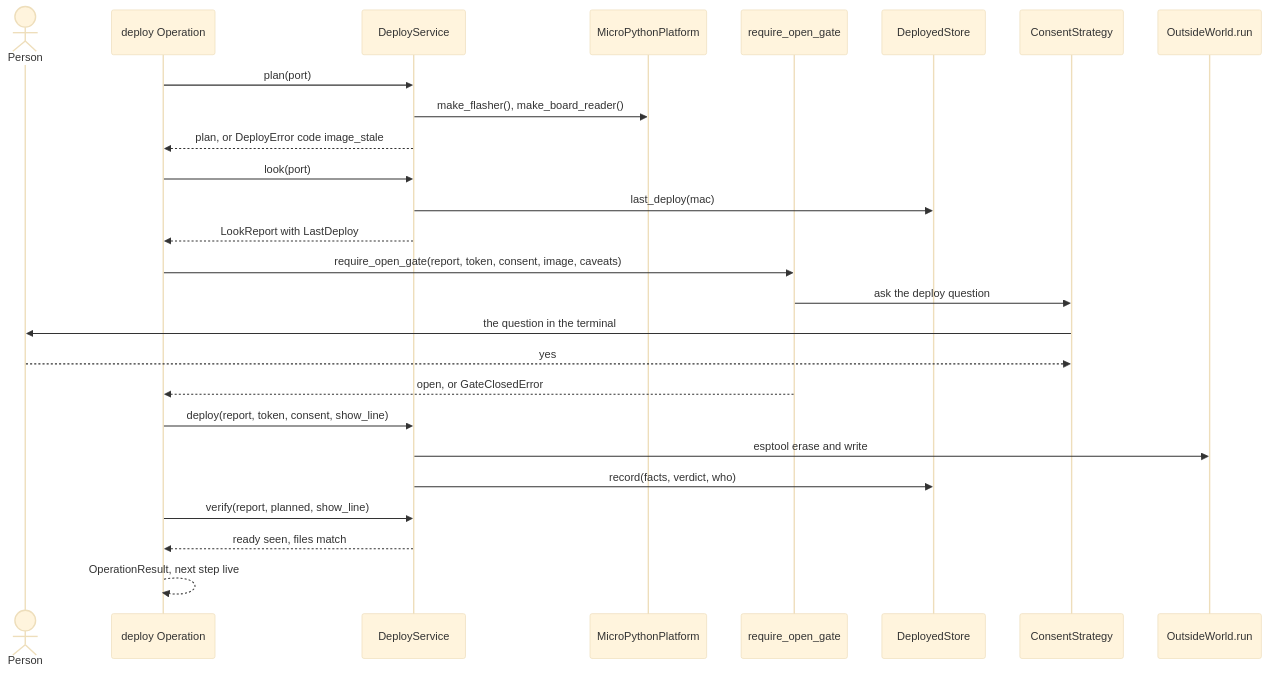
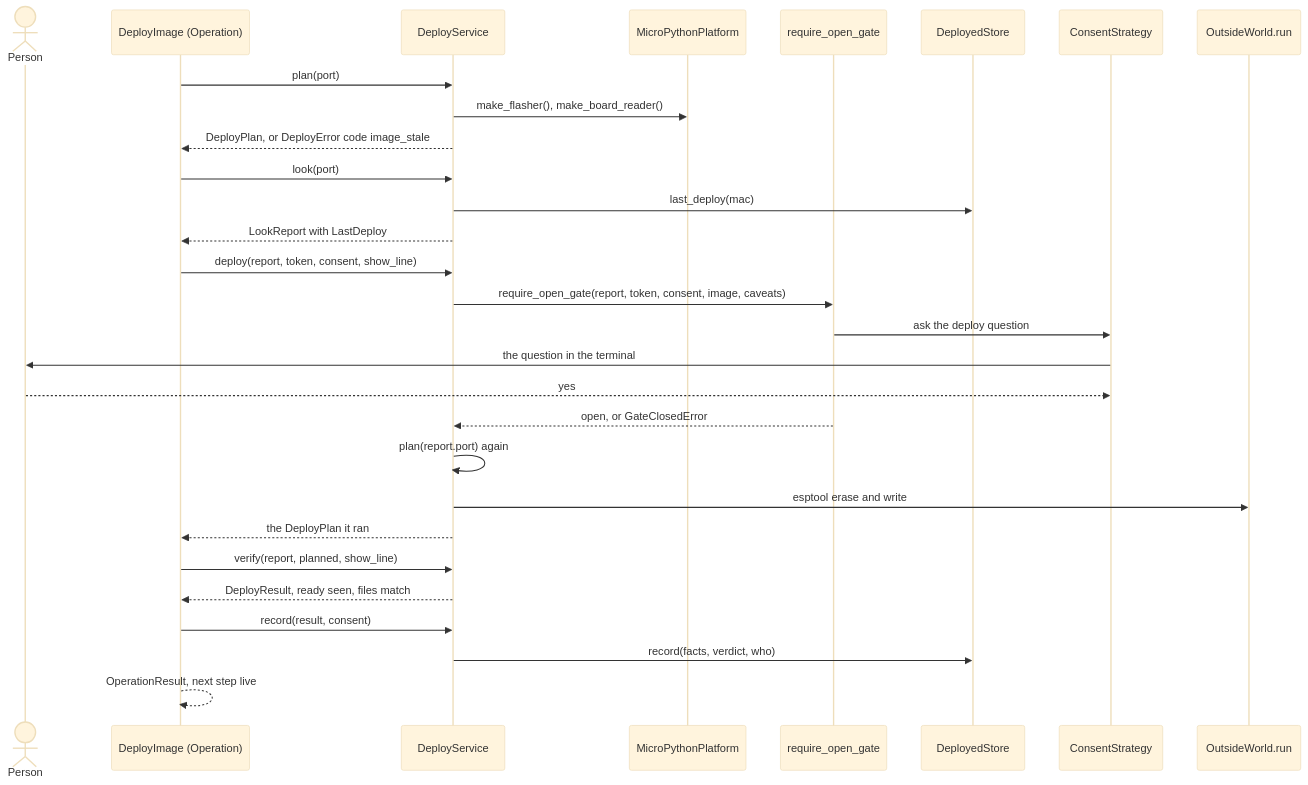
Before and after one commit to xmejkal/spark: the third of 3 diagrams in docs/discovery/2026-10-19-p323-target-architecture/architecture/areas/bench.md, drawn with Mermaid (base theme). The commit also changed other lines of this file and 13 other files, not shown here.

````diff
--- a/docs/discovery/2026-10-19-p323-target-architecture/architecture/areas/bench.md
+++ b/docs/discovery/2026-10-19-p323-target-architecture/architecture/areas/bench.md
@@ -128,28 +153,31 @@
 ```mermaid
 sequenceDiagram
   actor P as Person
-  participant OP as deploy Operation
+  participant OP as DeployImage (Operation)
   participant DS as DeployService
   participant PL as MicroPythonPlatform
   participant G as require_open_gate
   participant ST as DeployedStore
   participant C as ConsentStrategy
   participant OW as OutsideWorld.run
   OP->>DS: plan(port)
   DS->>PL: make_flasher(), make_board_reader()
-  DS-->>OP: plan, or DeployError code image_stale
+  DS-->>OP: DeployPlan, or DeployError code image_stale
   OP->>DS: look(port)
   DS->>ST: last_deploy(mac)
   DS-->>OP: LookReport with LastDeploy
-  OP->>G: require_open_gate(report, token, consent, image, caveats)
+  OP->>DS: deploy(report, token, consent, show_line)
+  DS->>G: require_open_gate(report, token, consent, image, caveats)
   G->>C: ask the deploy question
   C->>P: the question in the terminal
   P-->>C: yes
-  G-->>OP: open, or GateClosedError
-  OP->>DS: deploy(report, token, consent, show_line)
+  G-->>DS: open, or GateClosedError
+  DS->>DS: plan(report.port) again
   DS->>OW: esptool erase and write
+  DS-->>OP: the DeployPlan it ran
+  OP->>DS: verify(report, planned, show_line)
+  DS-->>OP: DeployResult, ready seen, files match
+  OP->>DS: record(result, consent)
   DS->>ST: record(facts, verdict, who)
-  OP->>DS: verify(report, planned, show_line)
-  DS-->>OP: ready seen, files match
   OP-->>OP: OperationResult, next step live
 ```
````
